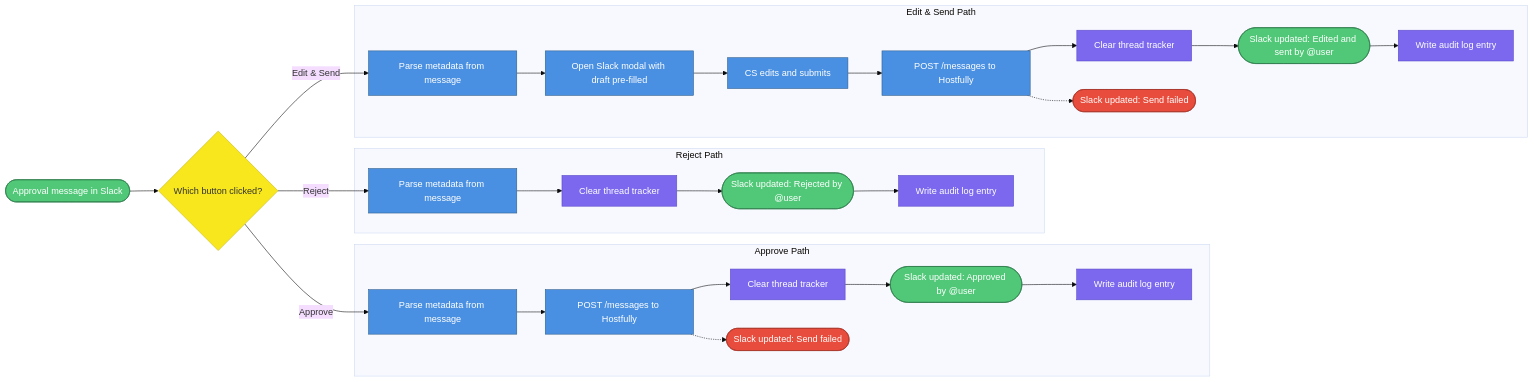
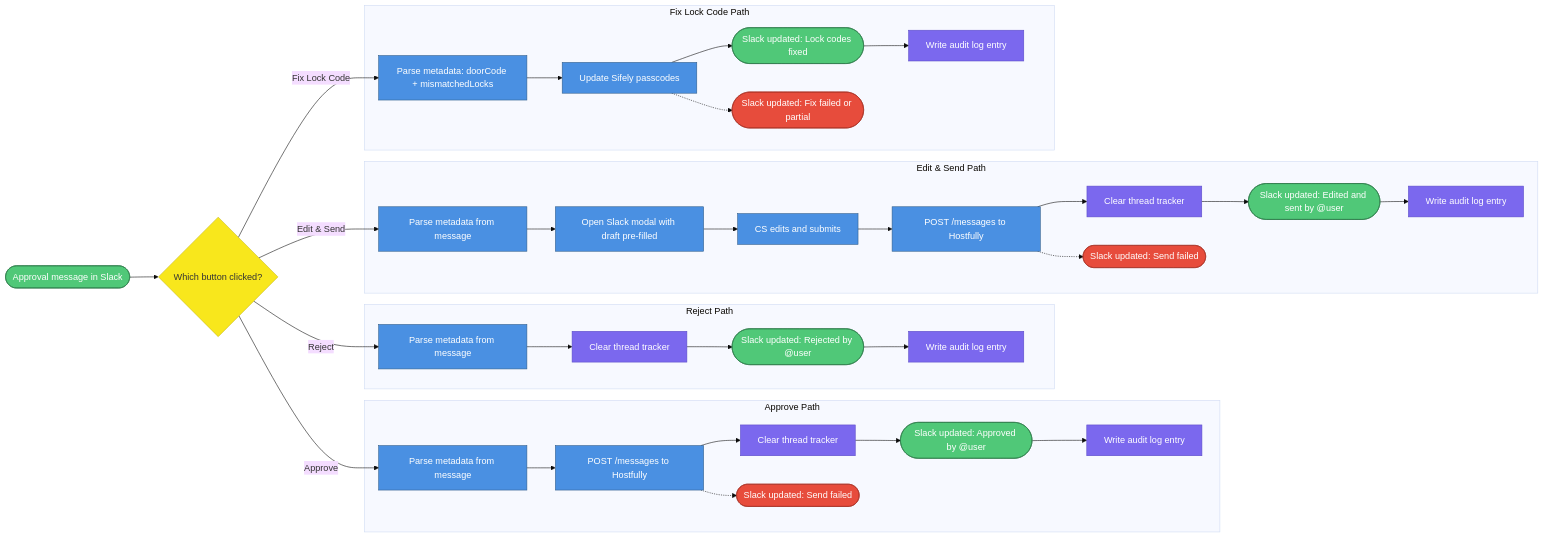
Before and after one commit to viiqswim/vlre-ai-employee: the sixth of 11 diagrams in docs/2026-03-18-1312-architecture.md, drawn with Mermaid (base theme). The commit also changed other lines of this file and 1 other file, not shown here.

Commit message:
docs: update architecture + add Sifely lock integration feature doc

````diff
--- a/docs/2026-03-18-1312-architecture.md
+++ b/docs/2026-03-18-1312-architecture.md
@@ -324,44 +361,52 @@
 ```mermaid
 flowchart LR
     MSG([Approval message in Slack]) --> ACT{Which button clicked?}
 
     subgraph AP["Approve Path"]
         APM[Parse metadata from message] --> APH[POST /messages to Hostfully]
         APH --> APC[Clear thread tracker]
         APC --> APR([Slack updated: Approved by @user])
         APR --> AP_AUD[Write audit log entry]
         APH -.-> AP_ERR([Slack updated: Send failed])
     end
 
     subgraph RJ["Reject Path"]
         RJM[Parse metadata from message] --> RJC[Clear thread tracker]
         RJC --> RJR([Slack updated: Rejected by @user])
         RJR --> RJ_AUD[Write audit log entry]
     end
 
     subgraph ED["Edit & Send Path"]
         EDM[Parse metadata from message] --> MOD[Open Slack modal with draft pre-filled]
         MOD --> EDS[CS edits and submits]
         EDS --> EDH[POST /messages to Hostfully]
         EDH --> EDC[Clear thread tracker]
         EDC --> ESR([Slack updated: Edited and sent by @user])
         ESR --> ED_AUD[Write audit log entry]
         EDH -.-> ED_ERR([Slack updated: Send failed])
     end
 
+    subgraph FX["Fix Lock Code Path"]
+        FXM[Parse metadata: doorCode + mismatchedLocks] --> FXS[Update Sifely passcodes]
+        FXS --> FXR([Slack updated: Lock codes fixed])
+        FXR --> FX_AUD[Write audit log entry]
+        FXS -.-> FX_ERR([Slack updated: Fix failed or partial])
+    end
+
     ACT -->|Approve| APM
     ACT -->|Reject| RJM
     ACT -->|"Edit & Send"| EDM
+    ACT -->|"Fix Lock Code"| FXM
 
     classDef event fill:#50C878,stroke:#2D7A4A,color:#fff
     classDef decision fill:#F8E71C,stroke:#C7B916,color:#333
     classDef service fill:#4A90E2,stroke:#2E5C8A,color:#fff
     classDef storage fill:#7B68EE,stroke:#5B4BC7,color:#fff
     classDef error fill:#E74C3C,stroke:#A93226,color:#fff
 
-    class MSG,APR,RJR,ESR event
+    class MSG,APR,RJR,ESR,FXR event
     class ACT decision
-    class APM,APH,RJM,EDM,MOD,EDS,EDH service
-    class APC,AP_AUD,RJC,RJ_AUD,EDC,ED_AUD storage
-    class AP_ERR,ED_ERR error
+    class APM,APH,RJM,EDM,MOD,EDS,EDH,FXM,FXS service
+    class APC,AP_AUD,RJC,RJ_AUD,EDC,ED_AUD,FX_AUD storage
+    class AP_ERR,ED_ERR,FX_ERR error
 ```
````
